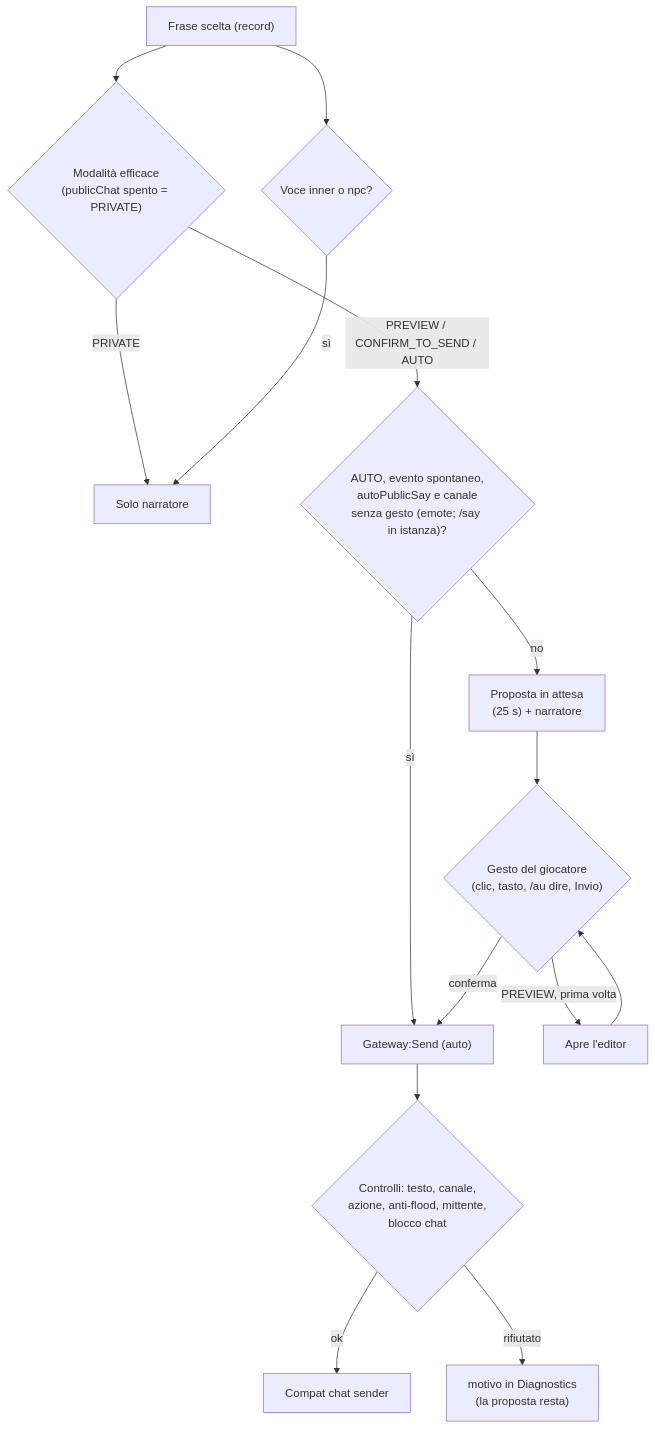
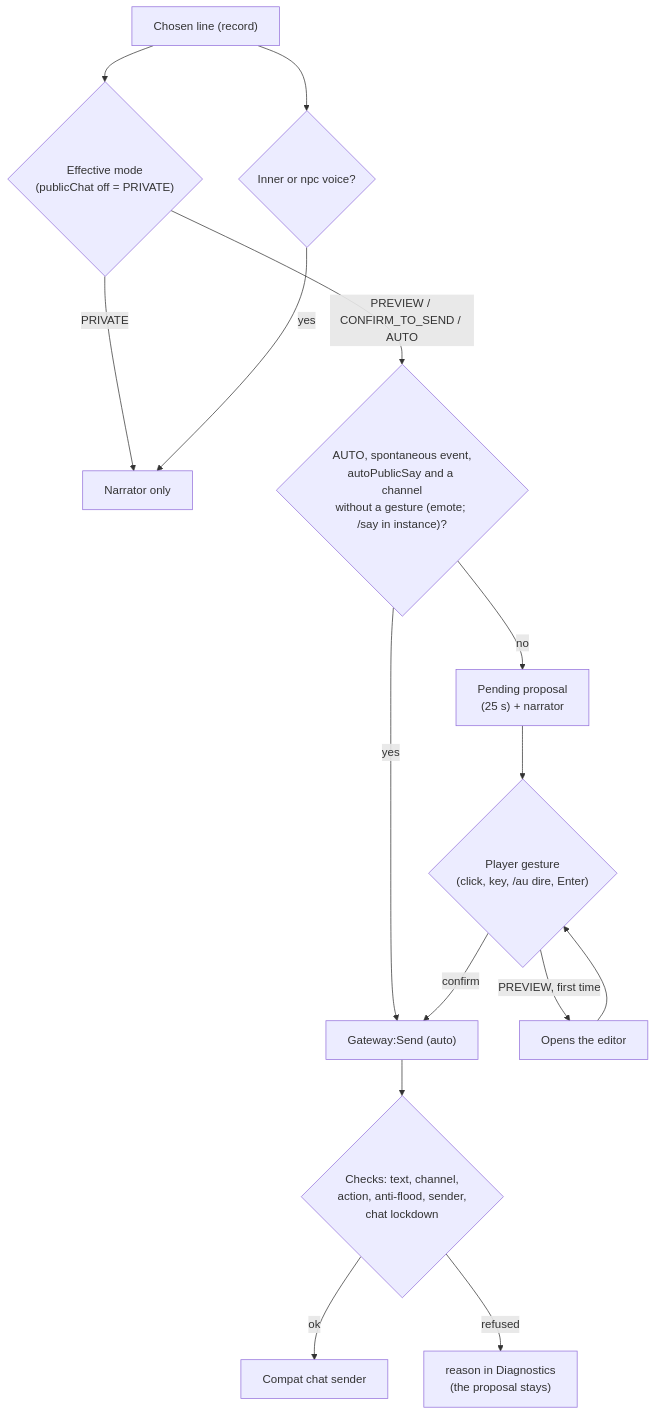
Diagram 12 of 14 in docs/ARCHITECTURE.md (Finland6738/azeroth-unspoken), drawn with Mermaid before and after one commit. The commit also changed other lines of this file and 31 other files, not shown here.

````diff
--- a/docs/ARCHITECTURE.md
+++ b/docs/ARCHITECTURE.md
@@ -457,17 +457,17 @@
 ```mermaid
 flowchart TD
-    R["Frase scelta (record)"] --> M{"Modalità efficace<br/>(publicChat spento = PRIVATE)"}
-    M -- "PRIVATE" --> NAR["Solo narratore"]
-    R --> V{"Voce inner o npc?"}
-    V -- sì --> NAR
-    M -- "PREVIEW / CONFIRM_TO_SEND / AUTO" --> A{"AUTO, evento spontaneo,<br/>autoPublicSay e canale<br/>senza gesto (emote; /say in istanza)?"}
-    A -- sì --> S["Gateway:Send (auto)"]
-    A -- no --> PR["Proposta in attesa<br/>(25 s) + narratore"]
-    PR --> G{"Gesto del giocatore<br/>(clic, tasto, /au dire, Invio)"}
-    G -- "PREVIEW, prima volta" --> ED["Apre l'editor"]
+    R["Chosen line (record)"] --> M{"Effective mode<br/>(publicChat off = PRIVATE)"}
+    M -- "PRIVATE" --> NAR["Narrator only"]
+    R --> V{"Inner or npc voice?"}
+    V -- yes --> NAR
+    M -- "PREVIEW / CONFIRM_TO_SEND / AUTO" --> A{"AUTO, spontaneous event,<br/>autoPublicSay and a channel<br/>without a gesture (emote; /say in instance)?"}
+    A -- yes --> S["Gateway:Send (auto)"]
+    A -- no --> PR["Pending proposal<br/>(25 s) + narrator"]
+    PR --> G{"Player gesture<br/>(click, key, /au dire, Enter)"}
+    G -- "PREVIEW, first time" --> ED["Opens the editor"]
     ED --> G
-    G -- "conferma" --> S
-    S --> CK{"Controlli: testo, canale,<br/>azione, anti-flood, mittente,<br/>blocco chat"}
+    G -- "confirm" --> S
+    S --> CK{"Checks: text, channel,<br/>action, anti-flood, sender,<br/>chat lockdown"}
     CK -- ok --> OUT["Compat chat sender"]
-    CK -- rifiutato --> LOG["motivo in Diagnostics<br/>(la proposta resta)"]
+    CK -- refused --> LOG["reason in Diagnostics<br/>(the proposal stays)"]
 ```
````
